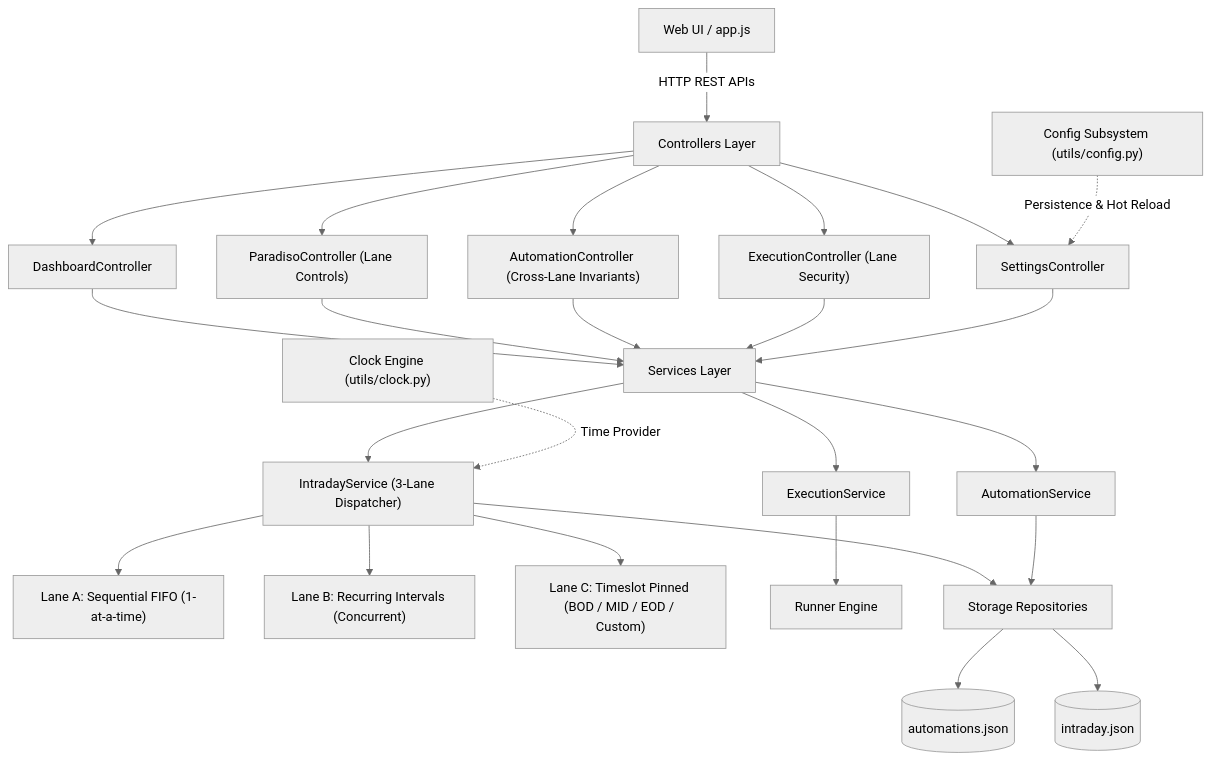
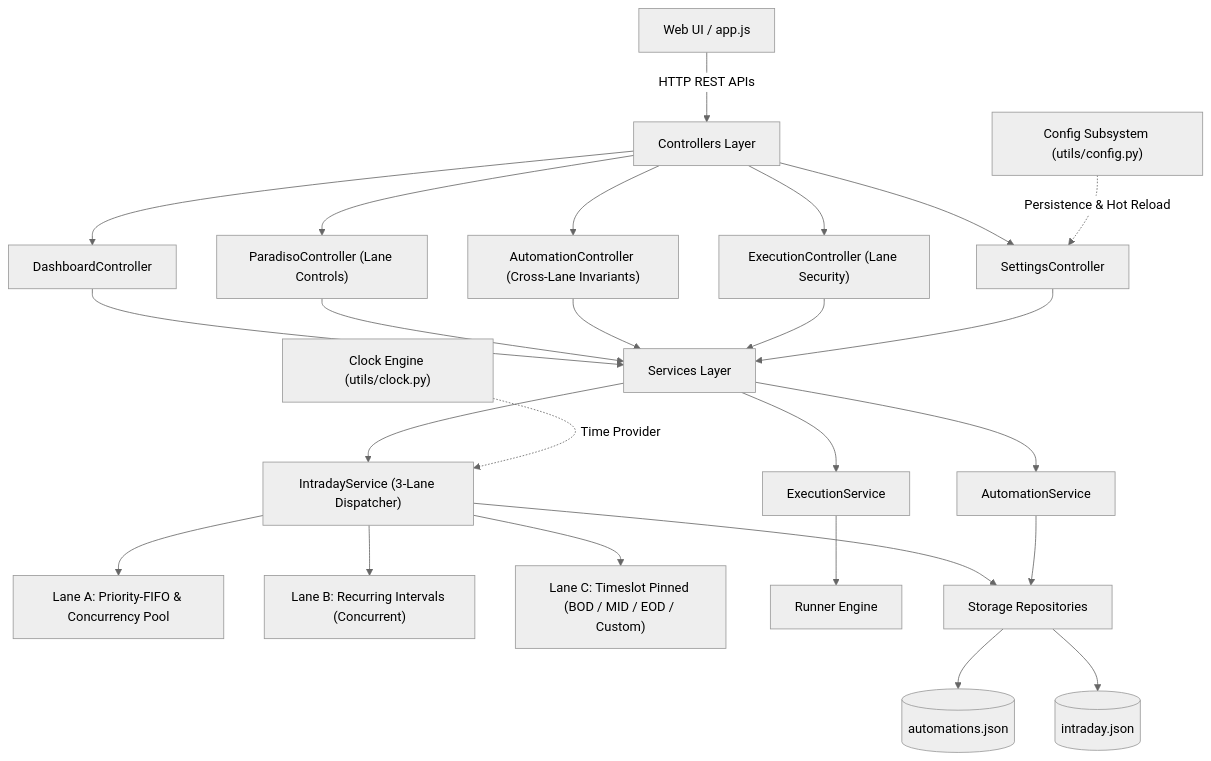
The first of 3 diagrams in paradiso/TECHNICAL_DOCUMENTATION.md (tailor827/celestial_rose), drawn with Mermaid (neutral theme) before and after one commit. The commit also changed other lines of this file and 46 other files, not shown here.

````diff
--- a/paradiso/TECHNICAL_DOCUMENTATION.md
+++ b/paradiso/TECHNICAL_DOCUMENTATION.md
@@ -13,33 +13,33 @@
 ```mermaid
 graph TD
     UI["Web UI / app.js"] -->|HTTP REST APIs| Controllers["Controllers Layer"]
     Controllers --> DashboardCtrl["DashboardController"]
     Controllers --> ParadisoCtrl["ParadisoController (Lane Controls)"]
     Controllers --> AutomationCtrl["AutomationController (Cross-Lane Invariants)"]
     Controllers --> ExecutionCtrl["ExecutionController (Lane Security)"]
     Controllers --> SettingsCtrl["SettingsController"]
     
     DashboardCtrl --> Services["Services Layer"]
     ParadisoCtrl --> Services
     AutomationCtrl --> Services
     ExecutionCtrl --> Services
     SettingsCtrl --> Services
     
     Services --> IntradaySvc["IntradayService (3-Lane Dispatcher)"]
     Services --> AutoSvc["AutomationService"]
     Services --> ExecSvc["ExecutionService"]
     
-    IntradaySvc --> LaneA["Lane A: Sequential FIFO (1-at-a-time)"]
+    IntradaySvc --> LaneA["Lane A: Priority-FIFO & Concurrency Pool"]
     IntradaySvc --> LaneB["Lane B: Recurring Intervals (Concurrent)"]
     IntradaySvc --> LaneC["Lane C: Timeslot Pinned (BOD / MID / EOD / Custom)"]
     
     ExecSvc --> Runner["Runner Engine"]
     IntradaySvc --> Repos["Storage Repositories"]
     AutoSvc --> Repos
     
     Repos --> AutoJSON[("automations.json")]
     Repos --> IntradayJSON[("intraday.json")]
     
     Clock["Clock Engine (utils/clock.py)"] -.->|Time Provider| IntradaySvc
     Config["Config Subsystem (utils/config.py)"] -.->|Persistence & Hot Reload| SettingsCtrl
 ```
````
